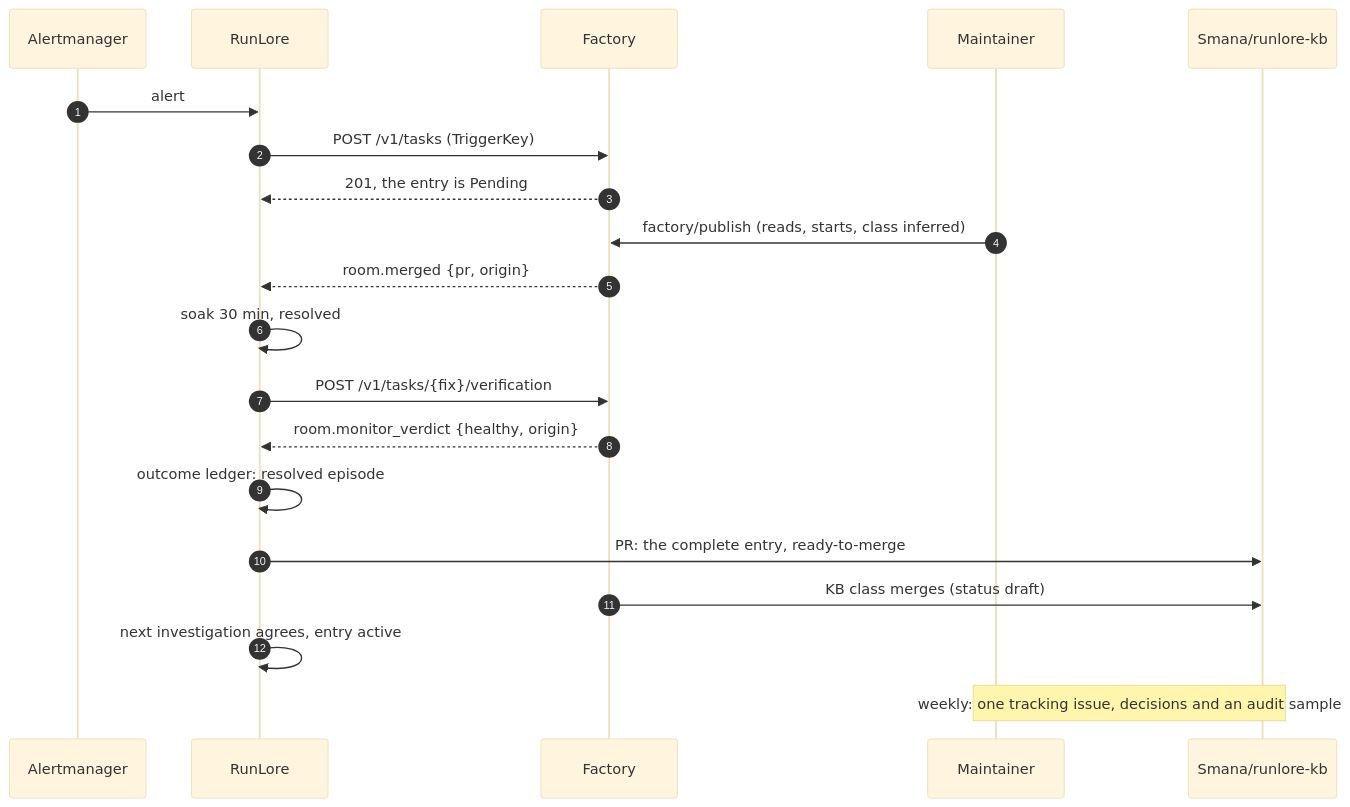
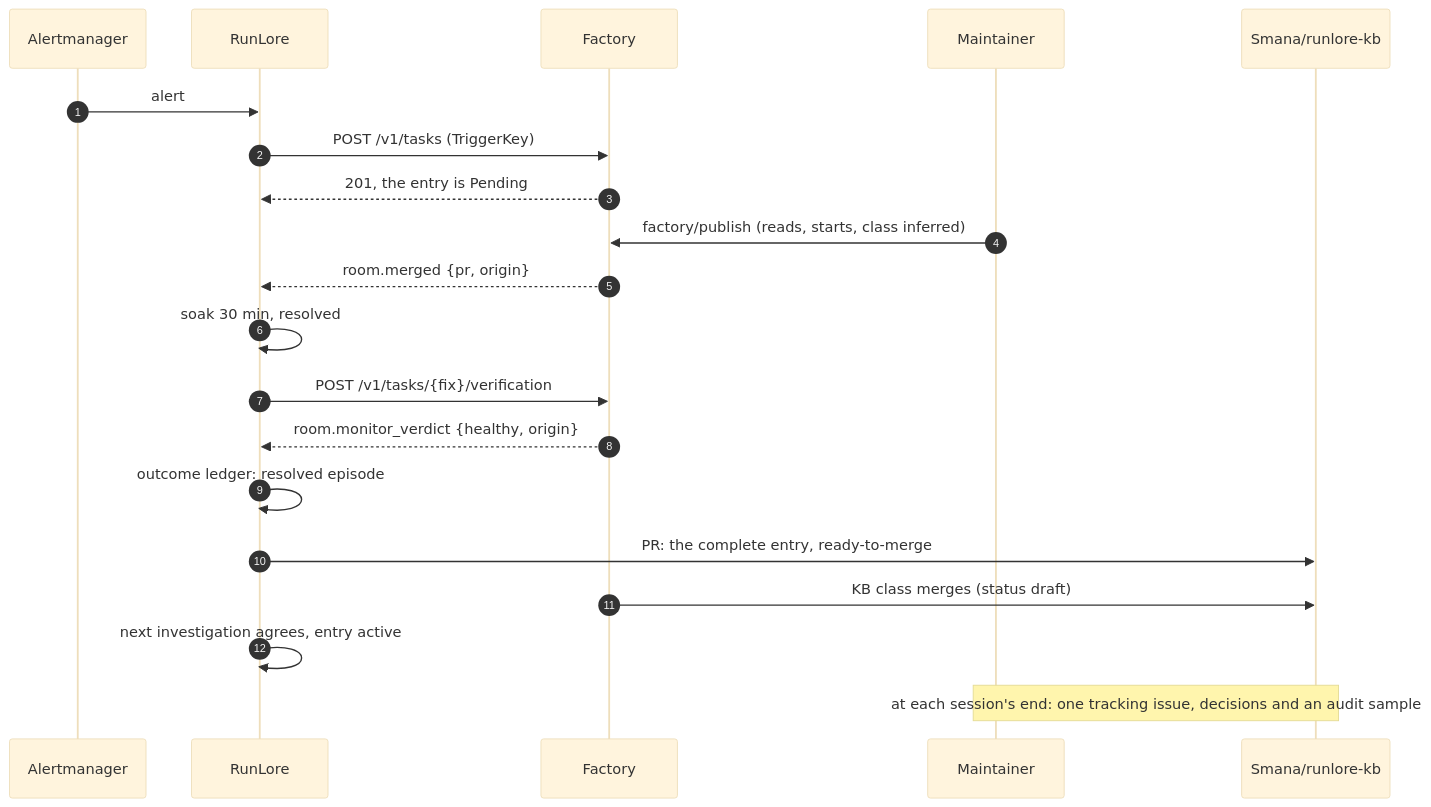
Before and after one commit to Smana/ai-native-ref: the second of 2 diagrams in docs/superpowers/specs/2026-11-03-runlore-kb-from-the-factory-design.md, drawn with Mermaid (base theme). The commit also changed other lines of this file and 4 other files, not shown here.

````diff
--- a/docs/superpowers/specs/2026-11-03-runlore-kb-from-the-factory-design.md
+++ b/docs/superpowers/specs/2026-11-03-runlore-kb-from-the-factory-design.md
@@ -94,22 +94,22 @@
 ```mermaid
 sequenceDiagram
   autonumber
   participant AM as Alertmanager
   participant RL as RunLore
   participant F as Factory
   participant M as Maintainer
   participant KB as Smana/runlore-kb
   AM->>RL: alert
   RL->>F: POST /v1/tasks (TriggerKey)
   F-->>RL: 201, the entry is Pending
   M->>F: factory/publish (reads, starts, class inferred)
   F-->>RL: room.merged {pr, origin}
   RL->>RL: soak 30 min, resolved
   RL->>F: POST /v1/tasks/{fix}/verification
   F-->>RL: room.monitor_verdict {healthy, origin}
   RL->>RL: outcome ledger: resolved episode
   RL->>KB: PR: the complete entry, ready-to-merge
   F->>KB: KB class merges (status draft)
   RL->>RL: next investigation agrees, entry active
-  Note over M,KB: weekly: one tracking issue, decisions and an audit sample
+  Note over M,KB: at each session's end: one tracking issue, decisions and an audit sample
 ```
````
